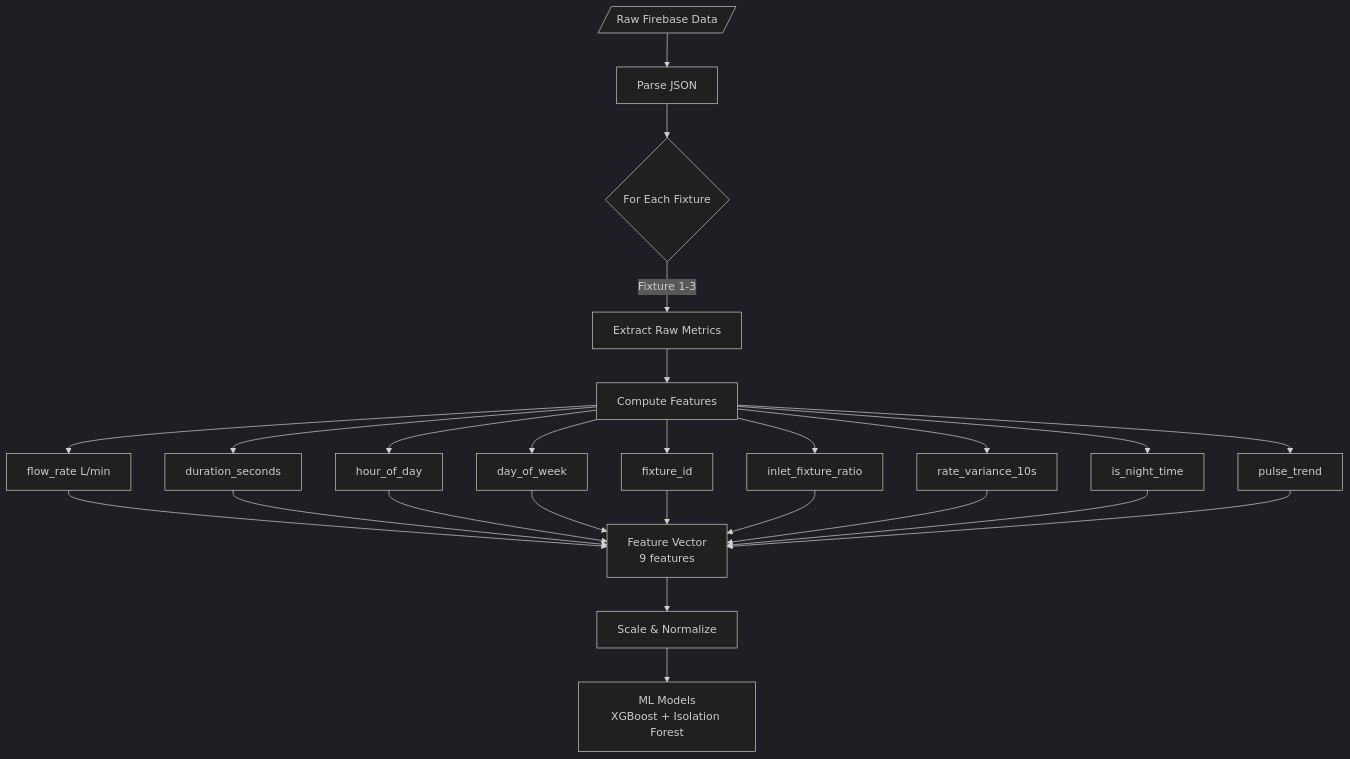
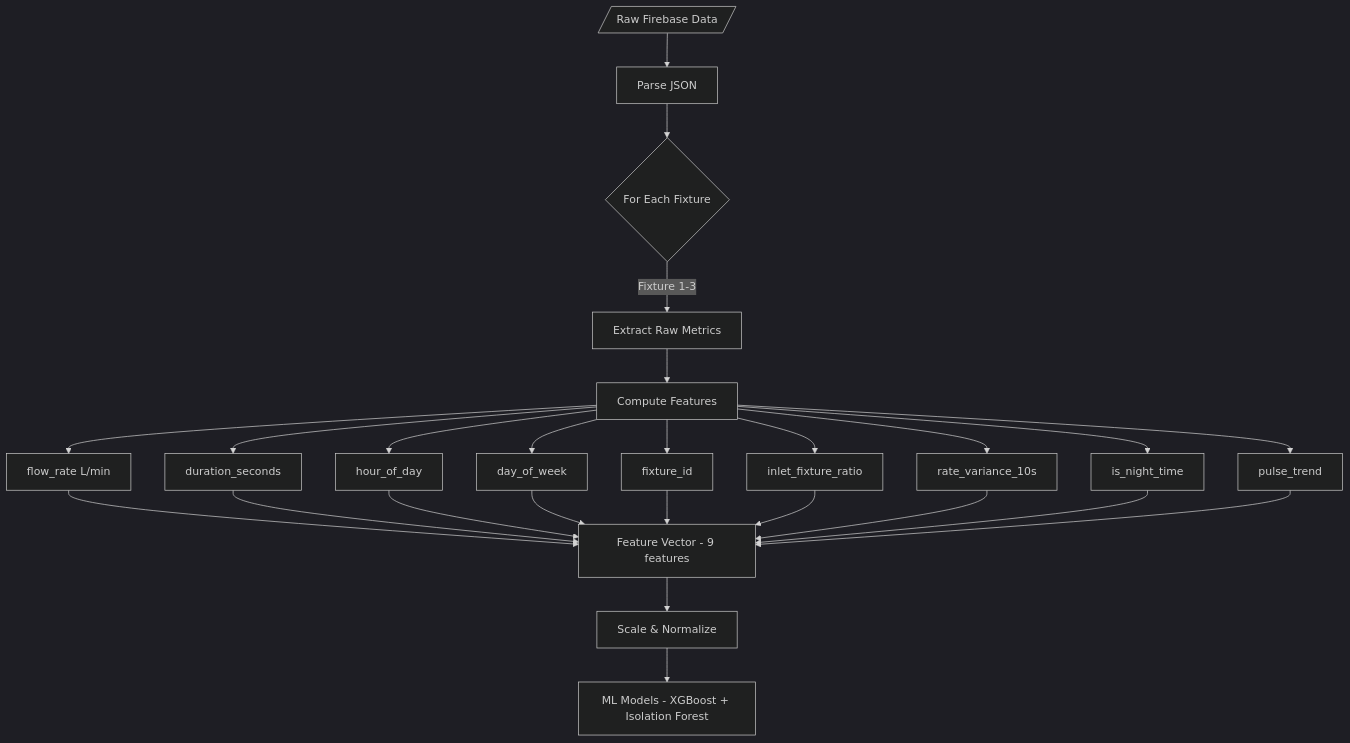
The fourth of 8 diagrams in docs/flowchart.md (qppd/water-meter), drawn with Mermaid (dark theme) before and after one commit. The commit also changed other lines of this file, not shown here.

Commit message:
Fix flowchart.md diagram 3: remove parentheses from node labels (millis(), >, < not supported by Mermaid)

````diff
--- a/docs/flowchart.md
+++ b/docs/flowchart.md
@@ -129,30 +129,30 @@
 ```mermaid
 flowchart TD
     Raw[/Raw Firebase Data/] --> Parse[Parse JSON]
     Parse --> Loop{For Each Fixture}
     Loop -->|Fixture 1-3| Extract[Extract Raw Metrics]
     Extract --> Compute[Compute Features]
     
     Compute --> F1[flow_rate L/min]
     Compute --> F2[duration_seconds]
     Compute --> F3[hour_of_day]
     Compute --> F4[day_of_week]
     Compute --> F5[fixture_id]
     Compute --> F6[inlet_fixture_ratio]
     Compute --> F7[rate_variance_10s]
     Compute --> F8[is_night_time]
     Compute --> F9[pulse_trend]
     
-    F1 --> Vector[Feature Vector<br/>9 features]
+    F1 --> Vector[Feature Vector - 9 features]
     F2 --> Vector
     F3 --> Vector
     F4 --> Vector
     F5 --> Vector
     F6 --> Vector
     F7 --> Vector
     F8 --> Vector
     F9 --> Vector
     
     Vector --> Scale[Scale & Normalize]
-    Scale --> Model[ML Models<br/>XGBoost + Isolation Forest]
+    Scale --> Model[ML Models - XGBoost + Isolation Forest]
 ```
````
